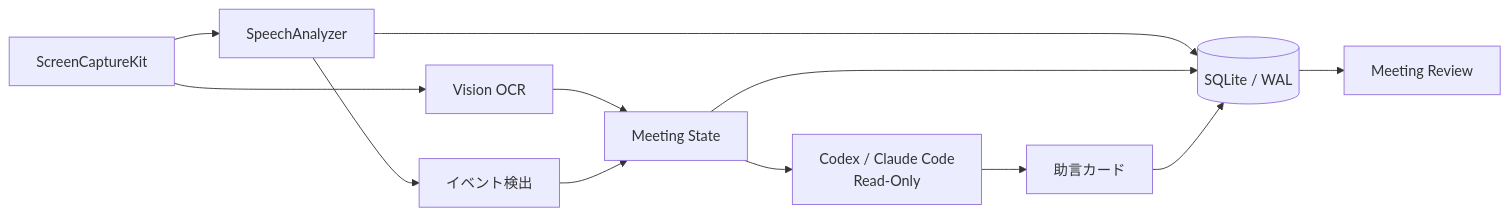
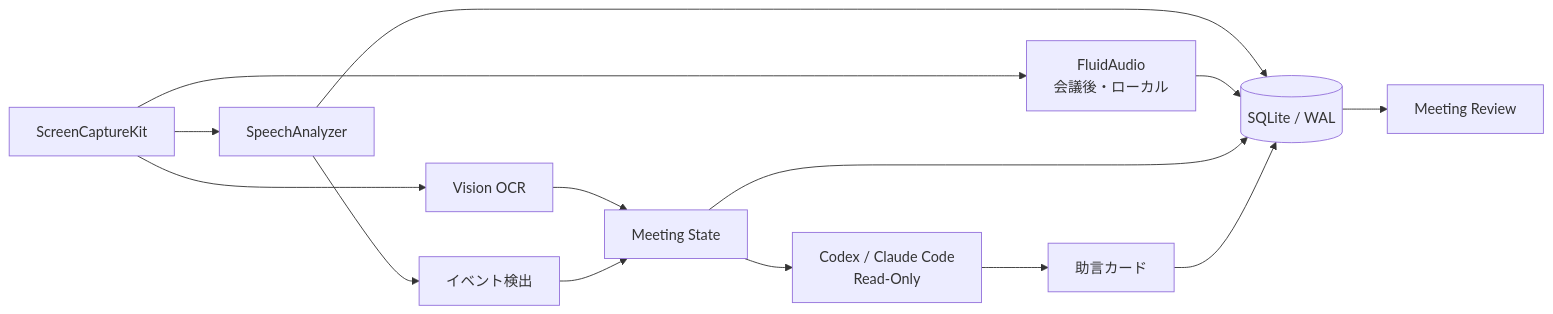
Before and after one commit to oor30/cue: the diagram in README.md, drawn with Mermaid. The commit also changed other lines of this file and 18 other files, not shown here.

````diff
--- a/README.md
+++ b/README.md
@@ -31,14 +33,16 @@
 ```mermaid
 flowchart LR
     Capture[ScreenCaptureKit] --> STT[SpeechAnalyzer]
+    Capture --> Diarization[FluidAudio<br/>会議後・ローカル]
     Capture --> OCR[Vision OCR]
     STT --> Events[イベント検出]
     OCR --> State[Meeting State]
     Events --> State
     State --> AI[Codex / Claude Code<br/>Read-Only]
     AI --> Cards[助言カード]
     STT --> DB[(SQLite / WAL)]
+    Diarization --> DB
     State --> DB
     Cards --> DB
     DB --> Review[Meeting Review]
 ```
````
